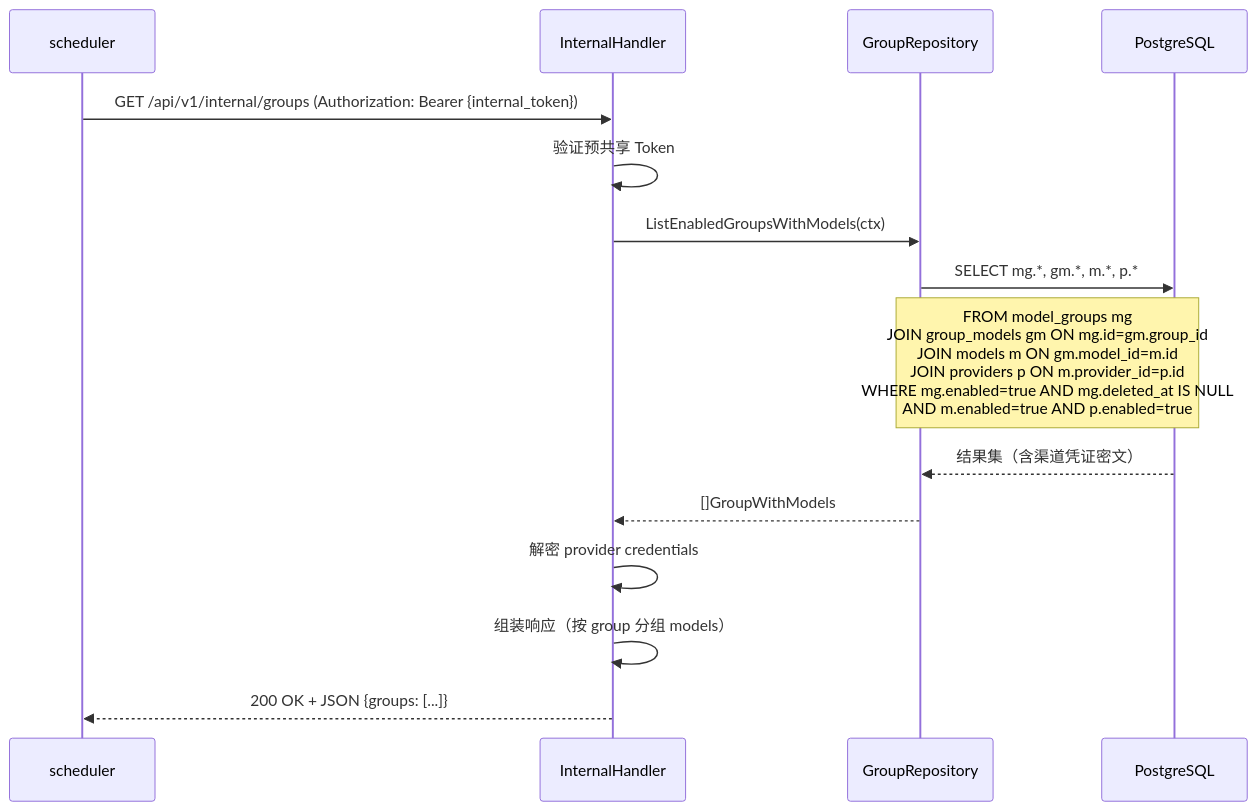
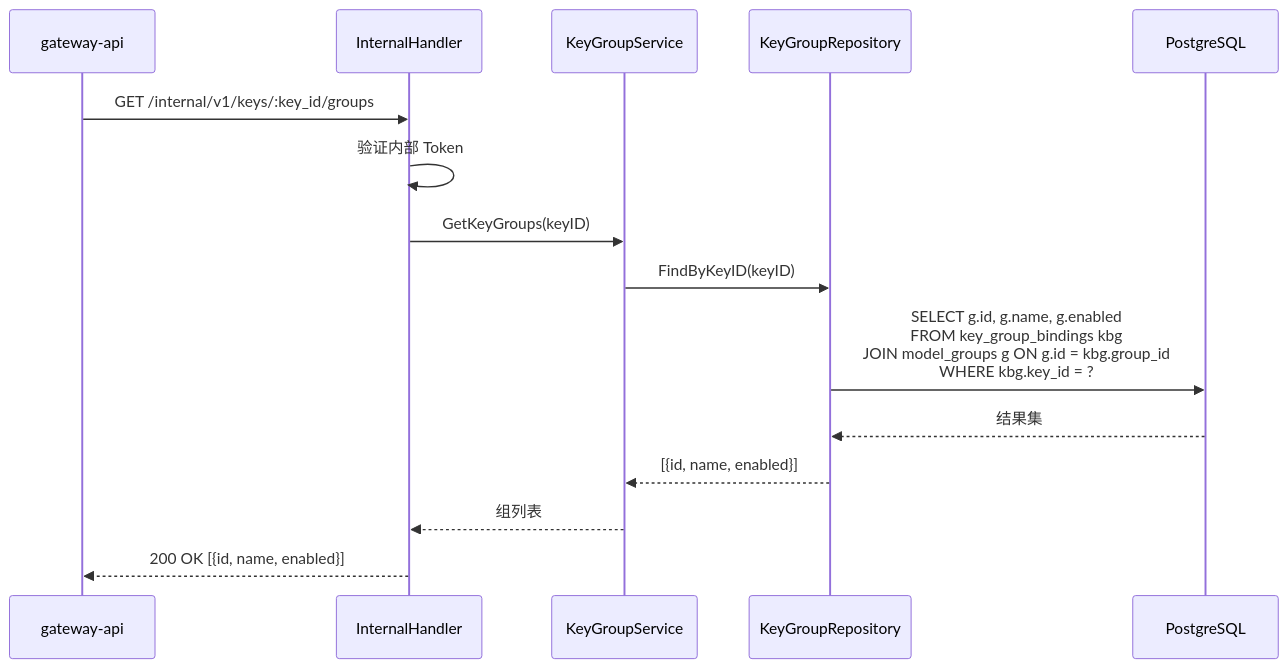
Before and after one commit to achieve-jsy/llm-gateway: the third of 3 diagrams in xspec/changes/control-plane/design.delta.md, drawn with Mermaid. The commit also changed other lines of this file and 134 other files, not shown here.

First line of the commit message:
feat(api-key): 添加API密钥与模型组绑定功能

````diff
--- a/xspec/changes/control-plane/design.delta.md
+++ b/xspec/changes/control-plane/design.delta.md
@@ -412,18 +188,18 @@
 ```mermaid
 sequenceDiagram
-    participant SCH as scheduler
+    participant GW as gateway-api
     participant IH as InternalHandler
-    participant GR as GroupRepository
+    participant KGS as KeyGroupService
+    participant KGR as KeyGroupRepository
     participant DB as PostgreSQL
 
-    SCH->>IH: GET /api/v1/internal/groups (Authorization: Bearer {internal_token})
-    IH->>IH: 验证预共享 Token
-    IH->>GR: ListEnabledGroupsWithModels(ctx)
-    GR->>DB: SELECT mg.*, gm.*, m.*, p.*
-    Note over GR,DB: FROM model_groups mg<br/>JOIN group_models gm ON mg.id=gm.group_id<br/>JOIN models m ON gm.model_id=m.id<br/>JOIN providers p ON m.provider_id=p.id<br/>WHERE mg.enabled=true AND mg.deleted_at IS NULL<br/>AND m.enabled=true AND p.enabled=true
-    DB-->>GR: 结果集（含渠道凭证密文）
-    GR-->>IH: []GroupWithModels
-    IH->>IH: 解密 provider credentials
-    IH->>IH: 组装响应（按 group 分组 models）
-    IH-->>SCH: 200 OK + JSON {groups: [...]}
+    GW->>IH: GET /internal/v1/keys/:key_id/groups
+    IH->>IH: 验证内部 Token
+    IH->>KGS: GetKeyGroups(keyID)
+    KGS->>KGR: FindByKeyID(keyID)
+    KGR->>DB: SELECT g.id, g.name, g.enabled<br/>FROM key_group_bindings kbg<br/>JOIN model_groups g ON g.id = kbg.group_id<br/>WHERE kbg.key_id = ?
+    DB-->>KGR: 结果集
+    KGR-->>KGS: [{id, name, enabled}]
+    KGS-->>IH: 组列表
+    IH-->>GW: 200 OK [{id, name, enabled}]
 ```
````
